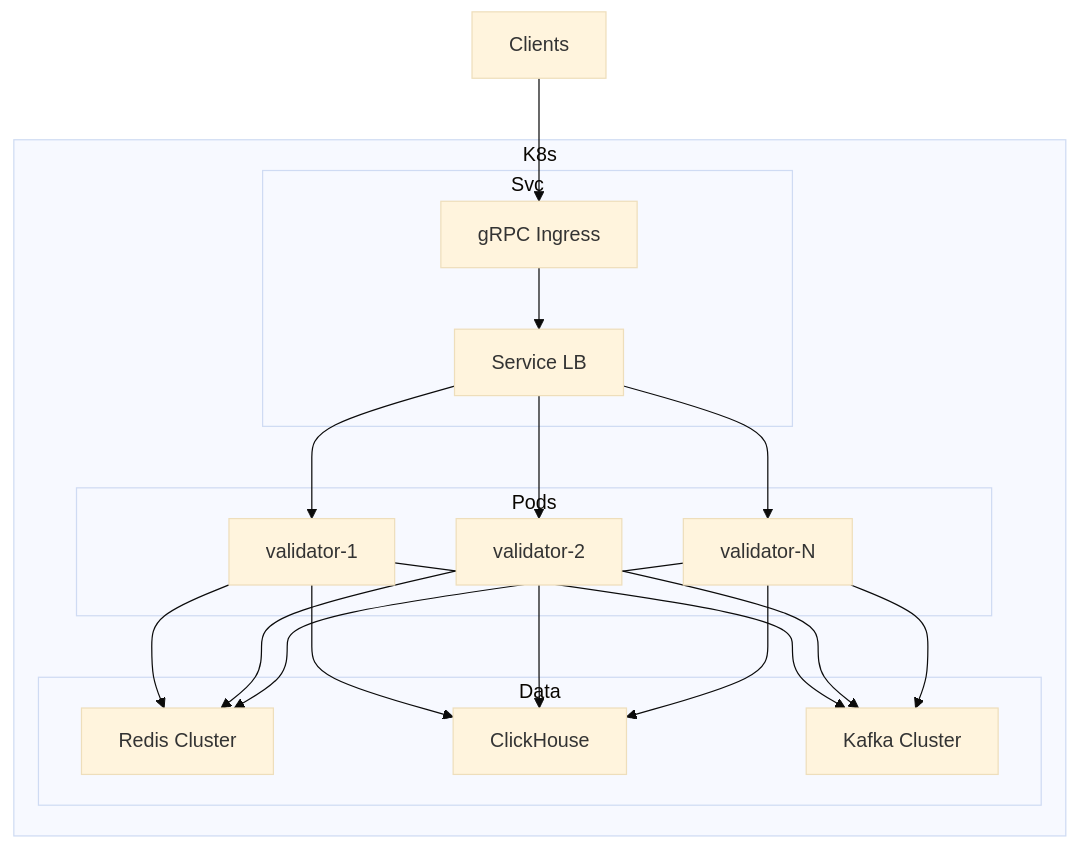
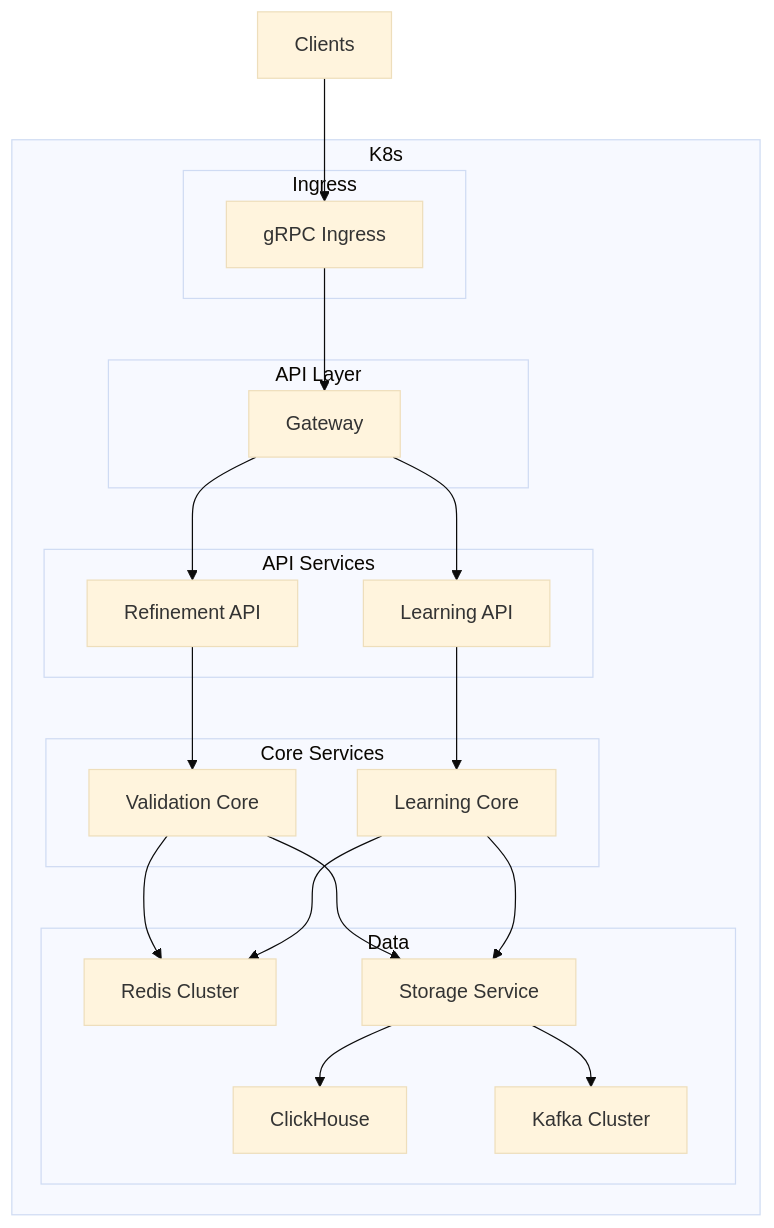
The sixth of 6 diagrams in docs/architecture.md (hzname/coordinate-validator), drawn with Mermaid (base theme) before and after one commit. The commit also changed other lines of this file, not shown here.

Commit message:
refactor: rewrite architecture with hybrid microservices approach

````diff
--- a/docs/architecture.md
+++ b/docs/architecture.md
@@ -188,39 +211,46 @@
 ```mermaid
 flowchart TB
     subgraph K8s
-        subgraph Svc
-            Ingress[gRPC Ingress]
-            SVC[Service LB]
+        subgraph Ingress
+            Ig[gRPC Ingress]
         end
         
-        subgraph Pods
-            Pod1[validator-1]
-            Pod2[validator-2]
-            Pod3[validator-N]
+        subgraph "API Layer"
+            Gateway[Gateway]
+        end
+        
+        subgraph "API Services"
+            RefAPI[Refinement API]
+            LearnAPI[Learning API]
+        end
+        
+        subgraph "Core Services"
+            ValCore[Validation Core]
+            LearnCore[Learning Core]
         end
         
         subgraph Data
             RedisCl[Redis Cluster]
+            Storage[Storage Service]
             CH[ClickHouse]
             KafkaCl[Kafka Cluster]
         end
     end
     
-    Clients --> Ingress
-    Ingress --> SVC
-    SVC --> Pod1
-    SVC --> Pod2
-    SVC --> Pod3
+    Clients --> Ig
+    Ig --> Gateway
+    Gateway --> RefAPI
+    Gateway --> LearnAPI
     
-    Pod1 --> RedisCl
-    Pod2 --> RedisCl
-    Pod3 --> RedisCl
+    RefAPI --> ValCore
+    LearnAPI --> LearnCore
     
-    Pod1 --> CH
-    Pod2 --> CH
-    Pod3 --> CH
+    ValCore --> RedisCl
+    LearnCore --> RedisCl
     
-    Pod1 --> KafkaCl
-    Pod2 --> KafkaCl
-    Pod3 --> KafkaCl
+    ValCore --> Storage
+    LearnCore --> Storage
+    
+    Storage --> CH
+    Storage --> KafkaCl
 ```
````
